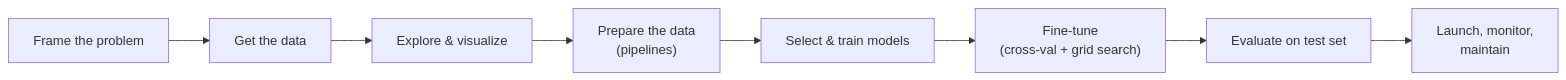
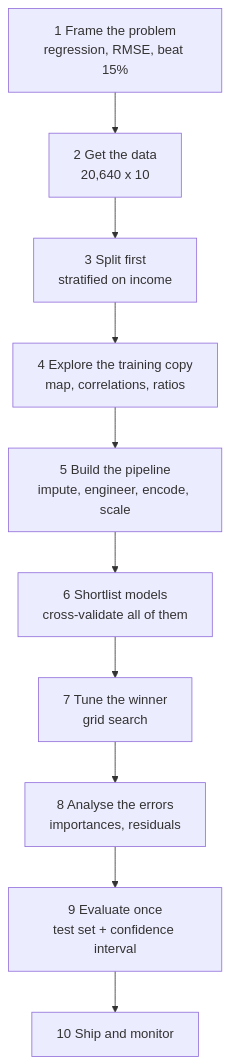
One commit to Ravikisha/PythonCentralHub changed the diagram in src/content/docs/Machine Learning/Phase 02 - Data Preprocessing & Feature Engineering/End-to-End Machine Learning Project (California Housing).mdx. Above: the diagram before and after it, drawn with Mermaid. The commit also changed other lines of this file and 1327 other files, not shown here.

````diff
--- a/src/content/docs/Machine Learning/Phase 02 - Data Preprocessing & Feature Engineering/End-to-End Machine Learning Project (California Housing).mdx
+++ b/src/content/docs/Machine Learning/Phase 02 - Data Preprocessing & Feature Engineering/End-to-End Machine Learning Project (California Housing).mdx
@@ -27,10 +23,12 @@
-```mermaid title="The end-to-end ML project pipeline" desc="Géron's roadmap for a real ML project, from a vague business question to a launched, monitored system."
-flowchart LR
-  A["Frame the problem"] --> B["Get the data"]
-  B --> C["Explore & visualize"]
-  C --> D["Prepare the data<br/>(pipelines)"]
-  D --> E["Select & train models"]
-  E --> F["Fine-tune<br/>(cross-val + grid search)"]
-  F --> G["Evaluate on test set"]
-  G --> H["Launch, monitor,<br/>maintain"]
+```mermaid
+flowchart TD
+  A["1 Frame the problem<br/>regression, RMSE, beat 15%"] --> B["2 Get the data<br/>20,640 x 10"]
+  B --> C["3 Split first<br/>stratified on income"]
+  C --> D["4 Explore the training copy<br/>map, correlations, ratios"]
+  D --> E["5 Build the pipeline<br/>impute, engineer, encode, scale"]
+  E --> F["6 Shortlist models<br/>cross-validate all of them"]
+  F --> G["7 Tune the winner<br/>grid search"]
+  G --> H["8 Analyse the errors<br/>importances, residuals"]
+  H --> I["9 Evaluate once<br/>test set + confidence interval"]
+  I --> J["10 Ship and monitor"]
 ```
````
